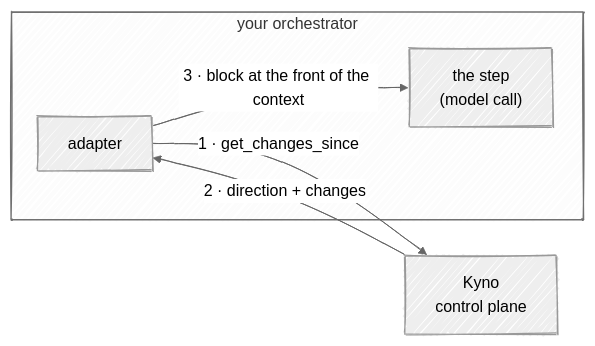
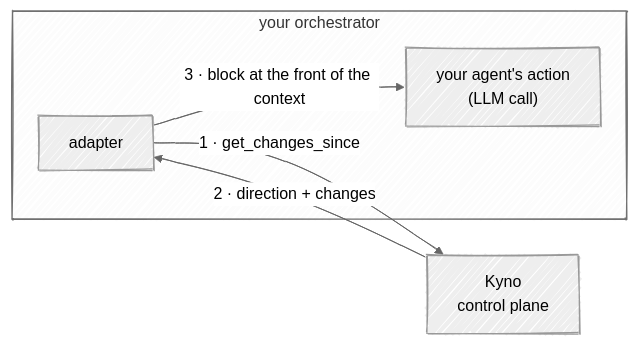
The diagram in docs/integrating.md (cizambra/kyno), drawn with Mermaid before and after one commit. The commit also changed 1 other file, not shown here.

Commit message:
Name the step what it is: your agent's action

````diff
--- a/docs/integrating.md
+++ b/docs/integrating.md
@@ -41,18 +41,18 @@
 ```mermaid
 ---
 config:
   look: handDrawn
   theme: neutral
   flowchart:
     useMaxWidth: false
 ---
 flowchart LR
   subgraph orch["your orchestrator"]
     AD["adapter"]
-    ST["the step<br/>(model call)"]
+    ST["your agent's action<br/>(LLM call)"]
   end
   KY["Kyno<br/>control plane"]
   AD -- "1 · get_changes_since" --> KY
   KY -- "2 · direction + changes" --> AD
   AD -- "3 · block at the front of the context" --> ST
 ```
````
